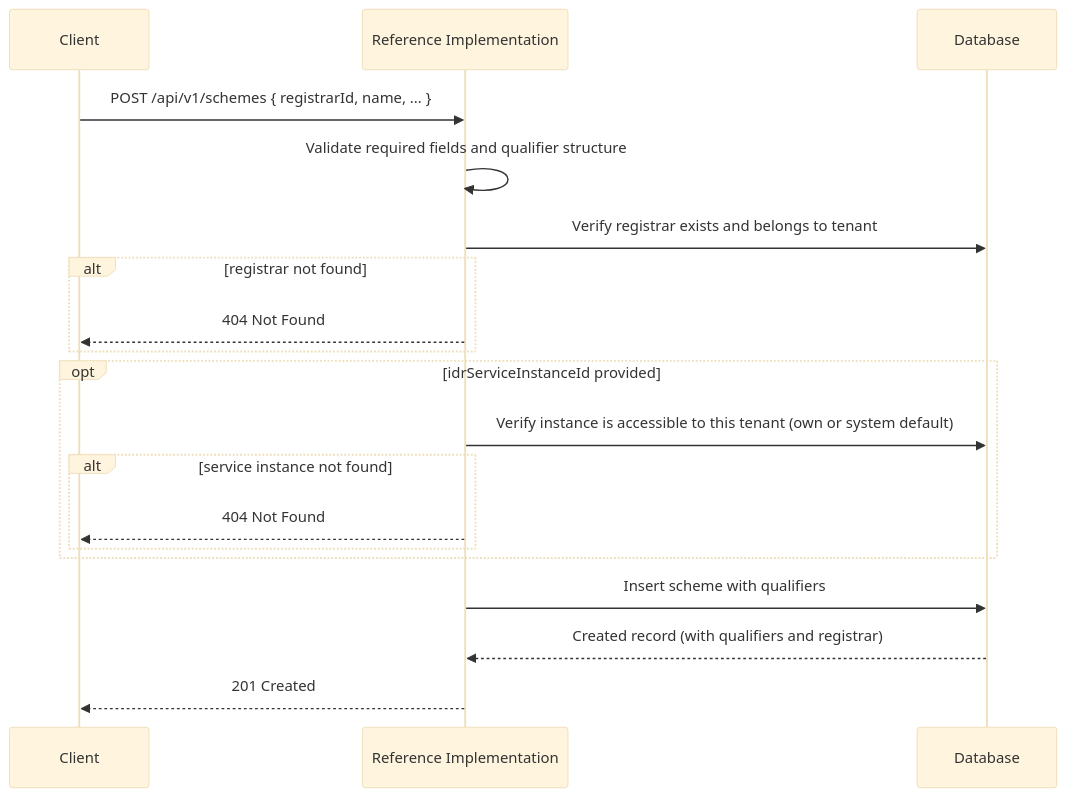
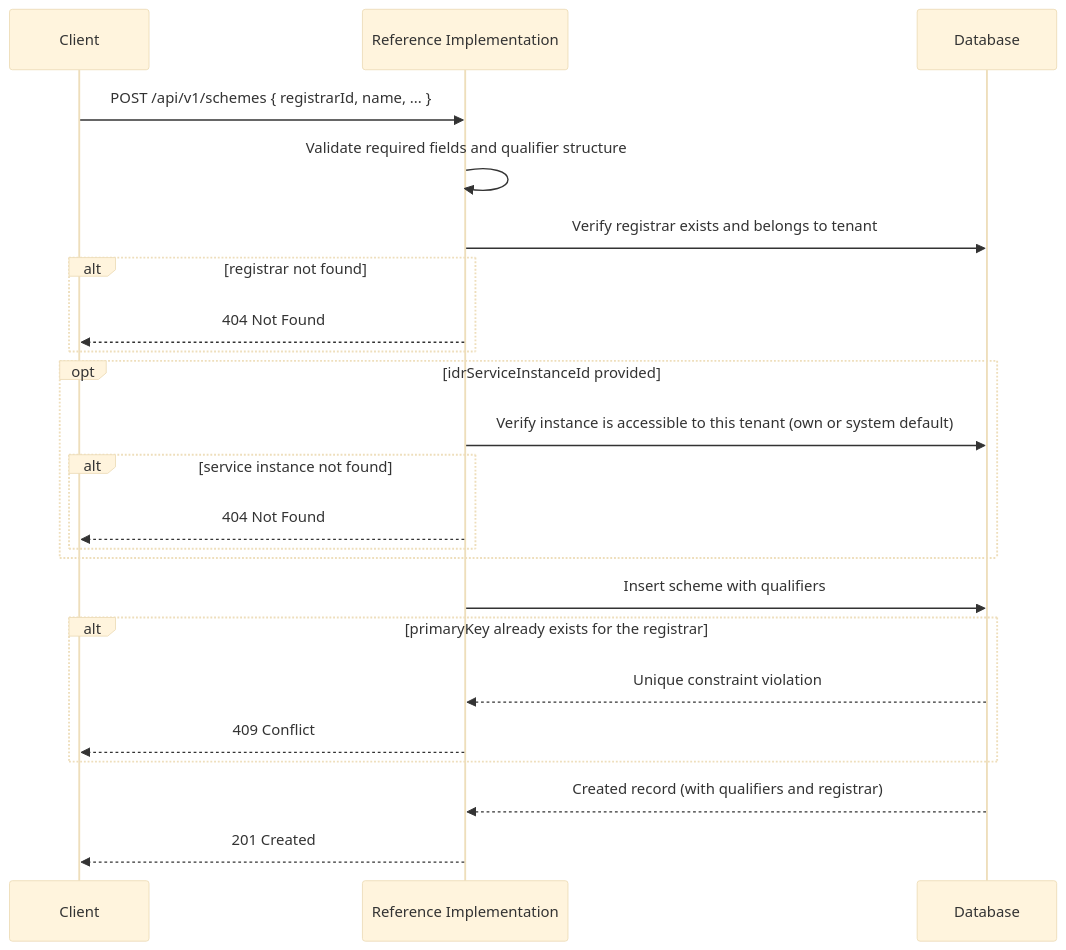
The first of 6 diagrams in documentation/docs/reference-implementation/api/identifiers.md (uncefact/tests-untp), drawn with Mermaid (base theme) before and after one commit. The commit also changed other lines of this file and 57 other files, not shown here.

````diff
--- a/documentation/docs/reference-implementation/api/identifiers.md
+++ b/documentation/docs/reference-implementation/api/identifiers.md
@@ -109,22 +109,26 @@
 ```mermaid
 sequenceDiagram
     participant Client
     participant RI as Reference Implementation
     participant DB as Database
 
     Client->>RI: POST /api/v1/schemes { registrarId, name, ... }
     RI->>RI: Validate required fields and qualifier structure
     RI->>DB: Verify registrar exists and belongs to tenant
     alt registrar not found
         RI-->>Client: 404 Not Found
     end
     opt idrServiceInstanceId provided
         RI->>DB: Verify instance is accessible to this tenant (own or system default)
         alt service instance not found
             RI-->>Client: 404 Not Found
         end
     end
     RI->>DB: Insert scheme with qualifiers
+    alt primaryKey already exists for the registrar
+        DB-->>RI: Unique constraint violation
+        RI-->>Client: 409 Conflict
+    end
     DB-->>RI: Created record (with qualifiers and registrar)
     RI-->>Client: 201 Created
 ```
````
